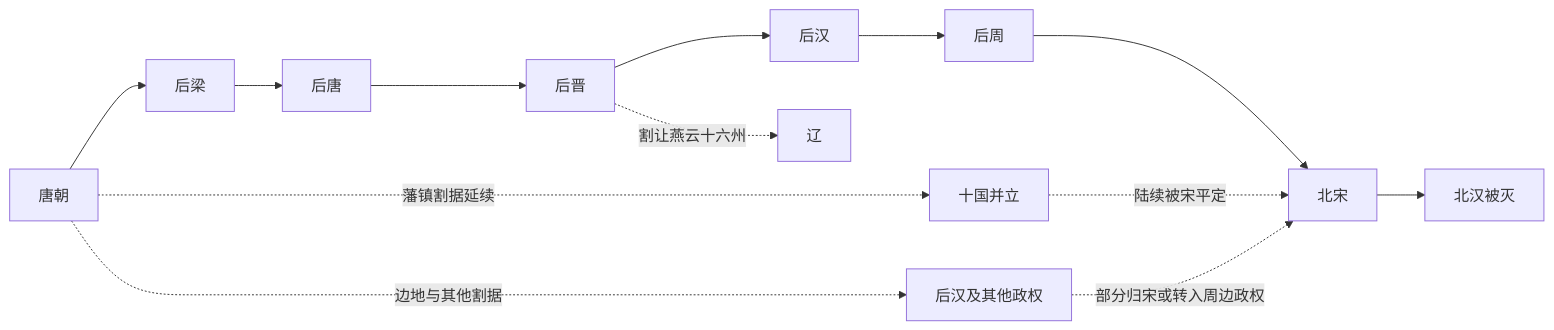
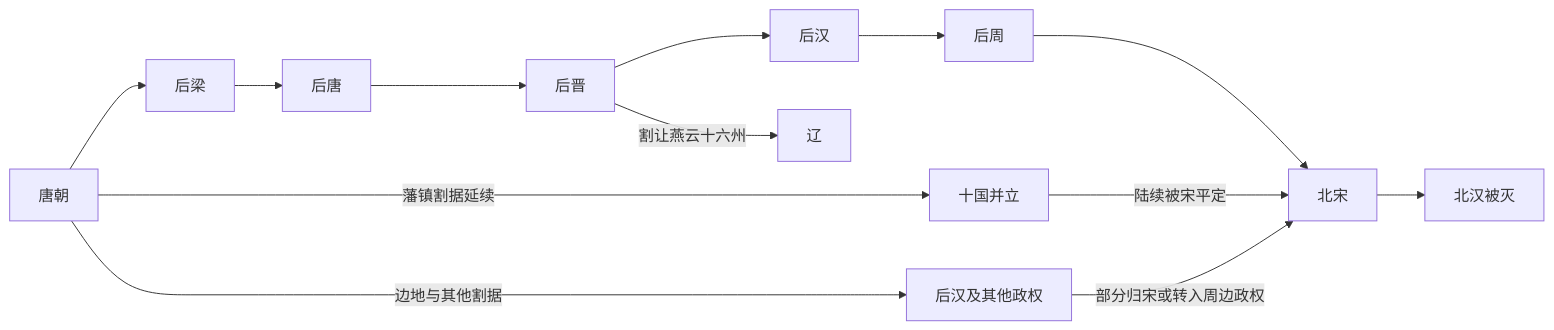
One commit to tianlan-dev/learning-notes changed the diagram in 人文科学/历史/东亚/中国/五代/README.md. Above: the diagram before and after it, drawn with Mermaid. The commit also changed 180 other files, not shown here.

````diff
--- a/人文科学/历史/东亚/中国/五代/README.md
+++ b/人文科学/历史/东亚/中国/五代/README.md
@@ -15,16 +15,16 @@
 ```mermaid
 flowchart LR
   Tang[唐朝] --> LaterLiang[后梁]
   LaterLiang --> LaterTang[后唐]
   LaterTang --> LaterJin[后晋]
   LaterJin --> LaterHan[后汉]
   LaterHan --> LaterZhou[后周]
   LaterZhou --> NorthernSong[北宋]
 
-  Tang -.藩镇割据延续.-> TenKingdoms[十国并立]
-  Tang -.边地与其他割据.-> OtherRegimes[后汉及其他政权]
-  TenKingdoms -.陆续被宋平定.-> NorthernSong
-  OtherRegimes -.部分归宋或转入周边政权.-> NorthernSong
-  LaterJin -.割让燕云十六州.-> Liao[辽]
+  Tang -->|藩镇割据延续| TenKingdoms[十国并立]
+  Tang -->|边地与其他割据| OtherRegimes[后汉及其他政权]
+  TenKingdoms -->|陆续被宋平定| NorthernSong
+  OtherRegimes -->|部分归宋或转入周边政权| NorthernSong
+  LaterJin -->|割让燕云十六州| Liao[辽]
   NorthernSong --> NorthernHan[北汉被灭]
 ```
````
